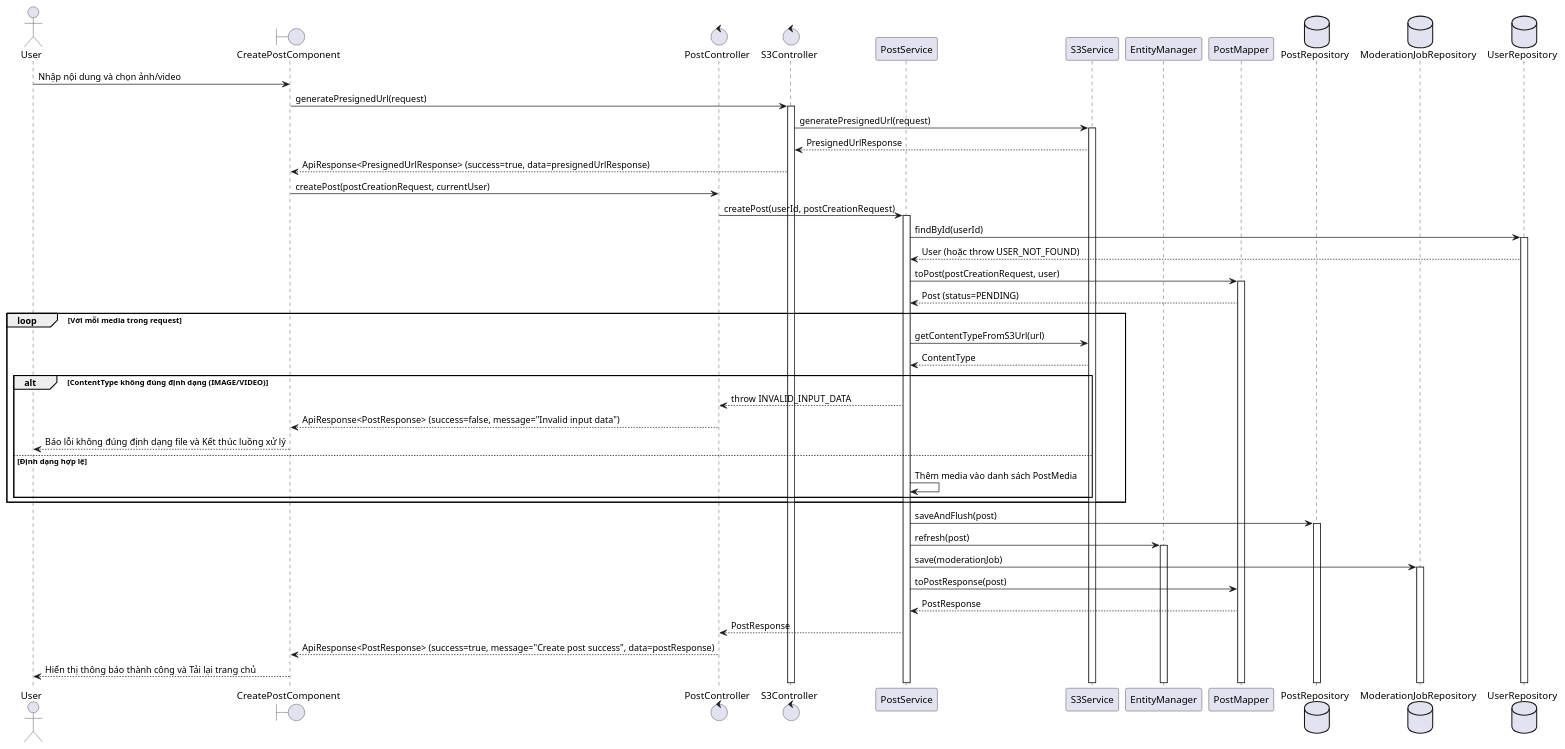
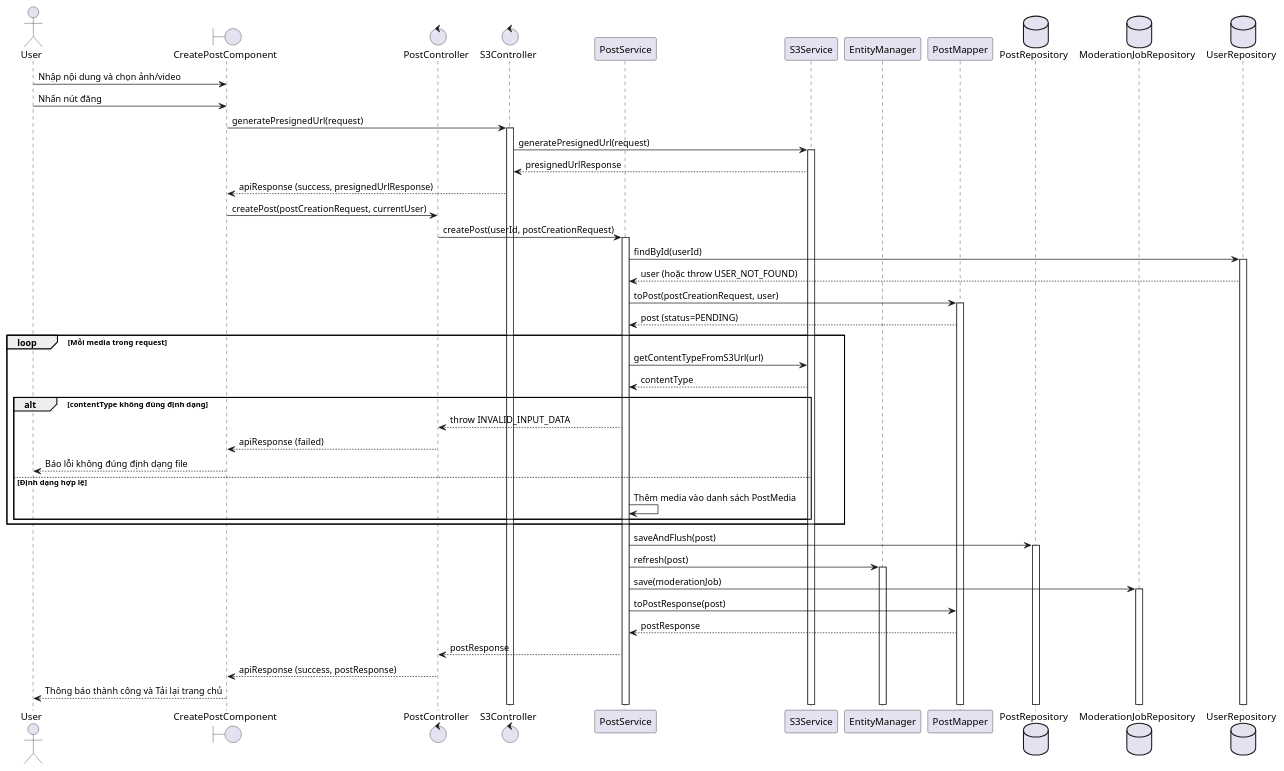
One commit to trantrieuduong/Do-An-NNLTTT changed the diagram in uml/create_post_sequence_diagram.puml. Above: the diagram before and after it, drawn with PlantUML. The commit also changed 1 other file, not shown here.

Commit message:
rút gọn create post sd

```diff
--- a/uml/create_post_sequence_diagram.puml
+++ b/uml/create_post_sequence_diagram.puml
@@ -1,64 +1,65 @@
 @startuml
 actor User as U
 boundary "CreatePostComponent" as FE
 control "PostController" as Ctrl
 control "S3Controller" as S3Ctrl
 participant "PostService" as Svc
 participant "S3Service" as S3Svc
 participant "EntityManager" as EM
 participant "PostMapper" as Mapper
 database "PostRepository" as Repo
 database "ModerationJobRepository" as ModRepo
 database "UserRepository" as UserRepo
 
 U -> FE: Nhập nội dung và chọn ảnh/video
+U -> FE: Nhấn nút đăng
 FE -> S3Ctrl: generatePresignedUrl(request)
 activate S3Ctrl
 
 S3Ctrl -> S3Svc: generatePresignedUrl(request)
 activate S3Svc
-S3Svc --> S3Ctrl: PresignedUrlResponse
-S3Ctrl --> FE: ApiResponse<PresignedUrlResponse> (success=true, data=presignedUrlResponse)
+S3Svc --> S3Ctrl: presignedUrlResponse
+S3Ctrl --> FE: apiResponse (success, presignedUrlResponse)
 
 FE -> Ctrl: createPost(postCreationRequest, currentUser)
 Ctrl -> Svc: createPost(userId, postCreationRequest)
 activate Svc
 
 Svc -> UserRepo: findById(userId)
 activate UserRepo
-UserRepo --> Svc: User (hoặc throw USER_NOT_FOUND)
+UserRepo --> Svc: user (hoặc throw USER_NOT_FOUND)
 
 Svc -> Mapper: toPost(postCreationRequest, user)
 activate Mapper
-Mapper --> Svc: Post (status=PENDING)
+Mapper --> Svc: post (status=PENDING)
 
-loop Với mỗi media trong request
+loop Mỗi media trong request
     Svc -> S3Svc: getContentTypeFromS3Url(url)
-    S3Svc --> Svc: ContentType
+    S3Svc --> Svc: contentType
 
-    alt ContentType không đúng định dạng (IMAGE/VIDEO)
+    alt contentType không đúng định dạng
         Svc --> Ctrl: throw INVALID_INPUT_DATA
-        Ctrl --> FE: ApiResponse<PostResponse> (success=false, message="Invalid input data")
-        FE --> U: Báo lỗi không đúng định dạng file và Kết thúc luồng xử lý
+        Ctrl --> FE: apiResponse (failed)
+        FE --> U: Báo lỗi không đúng định dạng file
     else Định dạng hợp lệ
         Svc -> Svc: Thêm media vào danh sách PostMedia
     end
 end
 
 Svc -> Repo: saveAndFlush(post)
 activate Repo
 
 Svc -> EM: refresh(post)
 activate EM
 
 Svc -> ModRepo: save(moderationJob)
 activate ModRepo
 
 Svc -> Mapper: toPostResponse(post)
-Mapper --> Svc: PostResponse
-Svc --> Ctrl: PostResponse
+Mapper --> Svc: postResponse
+Svc --> Ctrl: postResponse
 
-Ctrl --> FE: ApiResponse<PostResponse> (success=true, message="Create post success", data=postResponse)
-FE --> U: Hiển thị thông báo thành công và Tải lại trang chủ
+Ctrl --> FE: apiResponse (success, postResponse)
+FE --> U: Thông báo thành công và Tải lại trang chủ
 
 @enduml
```
